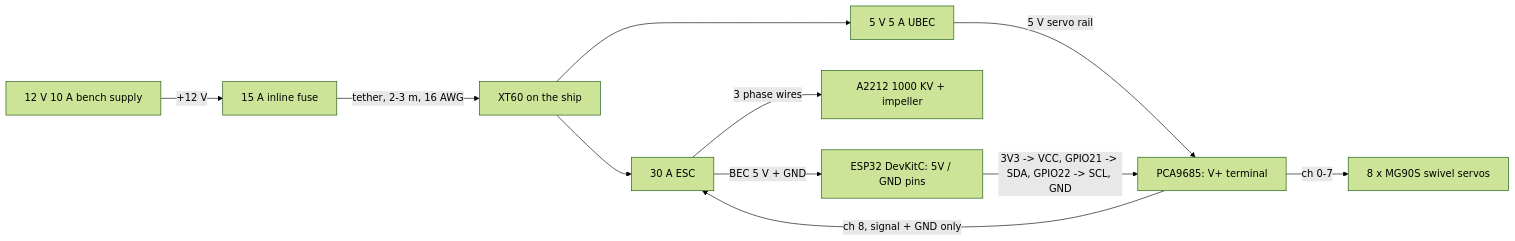
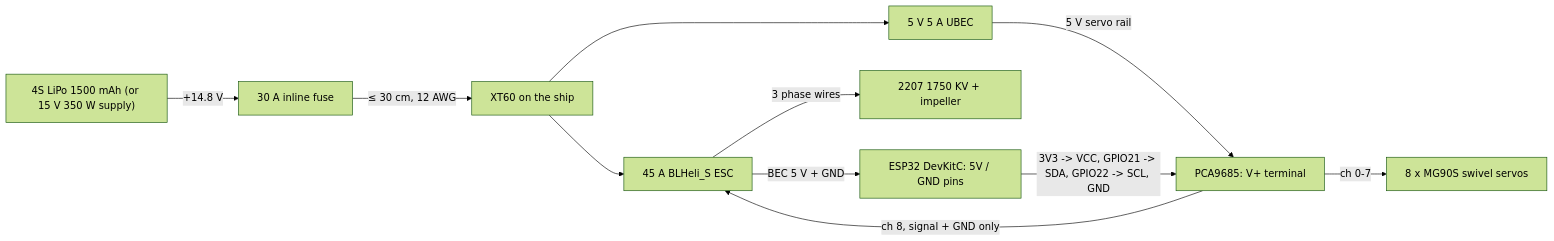
One commit to crhy/OpenAirShips changed the diagram in CurrentModel/Electronics/README.md. Above: the diagram before and after it, drawn with Mermaid (forest theme). The commit also changed other lines of this file and 40 other files, not shown here.

````diff
--- a/CurrentModel/Electronics/README.md
+++ b/CurrentModel/Electronics/README.md
@@ -8,13 +8,13 @@
 ```mermaid
 flowchart LR
-  PSU["12 V 10 A bench supply"] -->|"+12 V"| FUSE["15 A inline fuse"]
-  FUSE -->|"tether, 2-3 m, 16 AWG"| XT["XT60 on the ship"]
-  XT --> ESC["30 A ESC"]
+  PSU["4S LiPo 1500 mAh (or 15 V 350 W supply)"] -->|"+14.8 V"| FUSE["30 A inline fuse"]
+  FUSE -->|"≤ 30 cm, 12 AWG"| XT["XT60 on the ship"]
+  XT --> ESC["45 A BLHeli_S ESC"]
   XT --> UBEC["5 V 5 A UBEC"]
-  ESC -->|"3 phase wires"| MOTOR["A2212 1000 KV + impeller"]
+  ESC -->|"3 phase wires"| MOTOR["2207 1750 KV + impeller"]
   ESC -->|"BEC 5 V + GND"| ESP["ESP32 DevKitC: 5V / GND pins"]
   UBEC -->|"5 V servo rail"| PCA["PCA9685: V+ terminal"]
   ESP -->|"3V3 -> VCC, GPIO21 -> SDA, GPIO22 -> SCL, GND"| PCA
   PCA -->|"ch 0-7"| SERVOS["8 x MG90S swivel servos"]
   PCA -->|"ch 8, signal + GND only"| ESC
 ```
````
